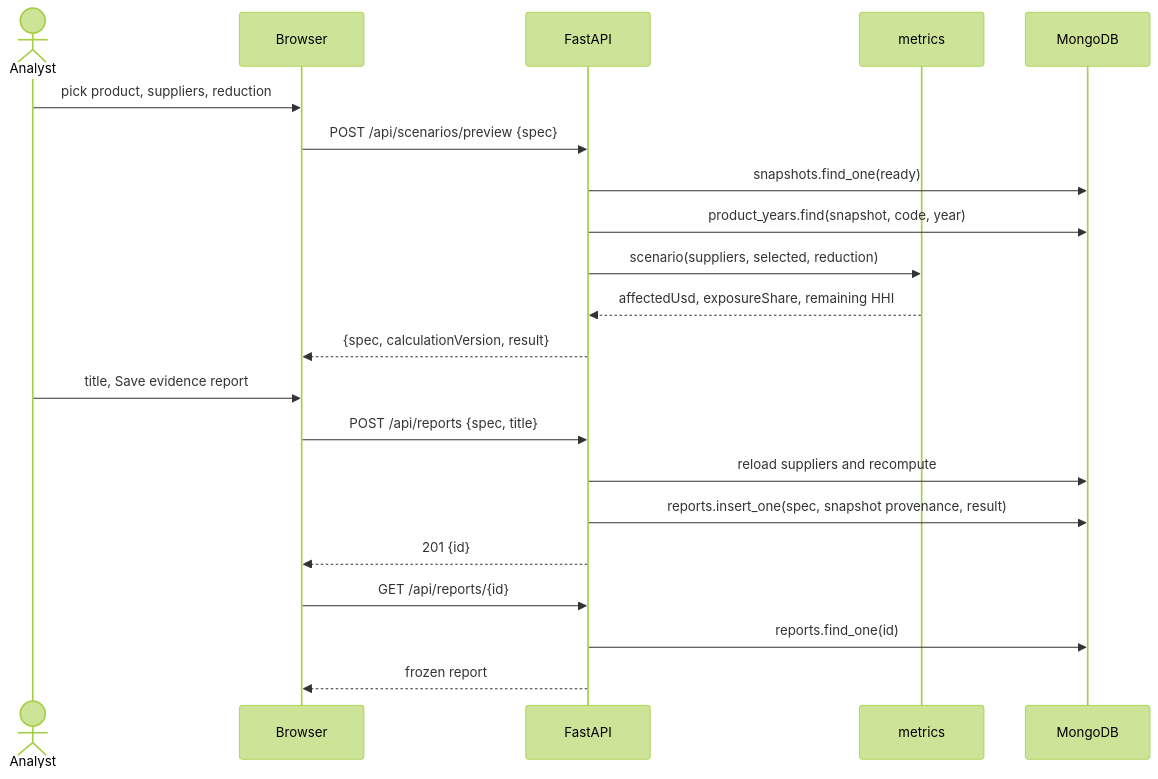
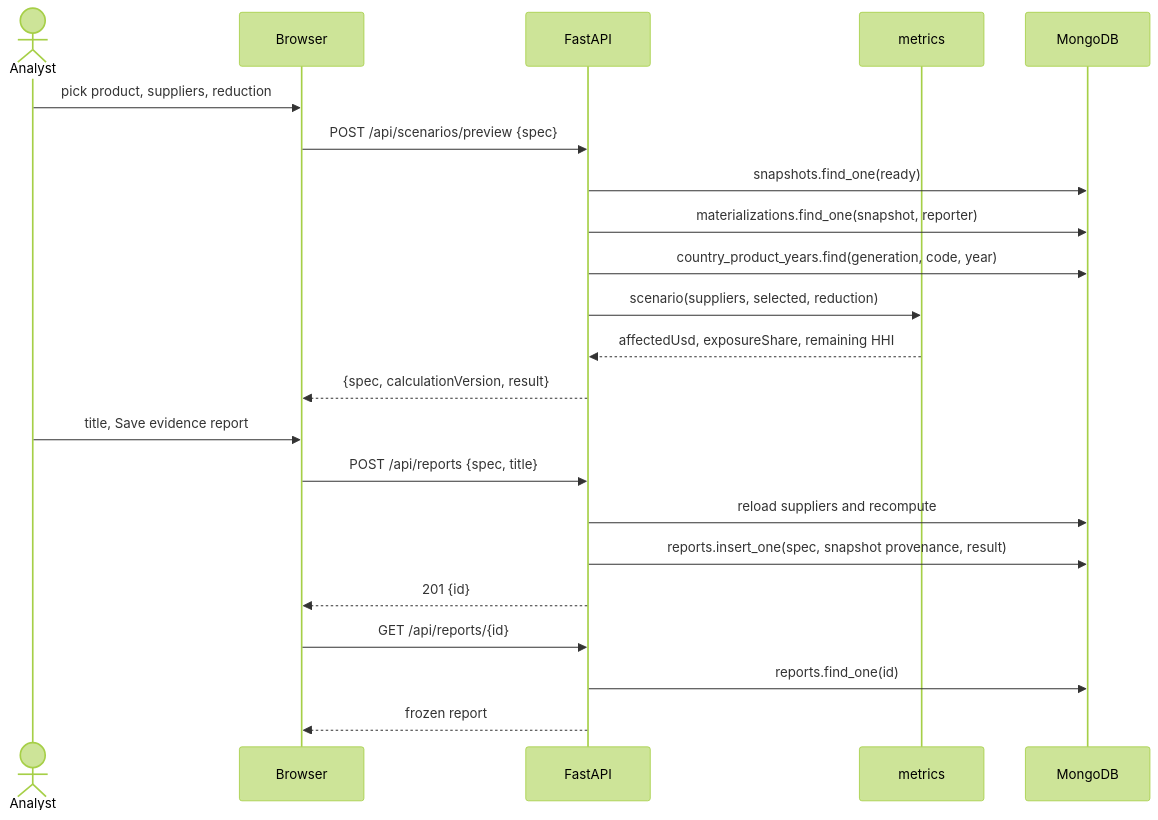
Before and after one commit to ReguiguiMohamed/AtlasOfDoubt: the third of 4 diagrams in docs/conception.md, drawn with Mermaid (forest theme). The commit also changed other lines of this file and 30 other files, not shown here.

````diff
--- a/docs/conception.md
+++ b/docs/conception.md
@@ -125,23 +169,24 @@
 ```mermaid
 sequenceDiagram
     actor Analyst
     participant Browser
     participant API as FastAPI
     participant M as metrics
     participant DB as MongoDB
     Analyst->>Browser: pick product, suppliers, reduction
     Browser->>API: POST /api/scenarios/preview {spec}
     API->>DB: snapshots.find_one(ready)
-    API->>DB: product_years.find(snapshot, code, year)
+    API->>DB: materializations.find_one(snapshot, reporter)
+    API->>DB: country_product_years.find(generation, code, year)
     API->>M: scenario(suppliers, selected, reduction)
     M-->>API: affectedUsd, exposureShare, remaining HHI
     API-->>Browser: {spec, calculationVersion, result}
     Analyst->>Browser: title, Save evidence report
     Browser->>API: POST /api/reports {spec, title}
     API->>DB: reload suppliers and recompute
     API->>DB: reports.insert_one(spec, snapshot provenance, result)
     API-->>Browser: 201 {id}
     Browser->>API: GET /api/reports/{id}
     API->>DB: reports.find_one(id)
     API-->>Browser: frozen report
 ```
````
